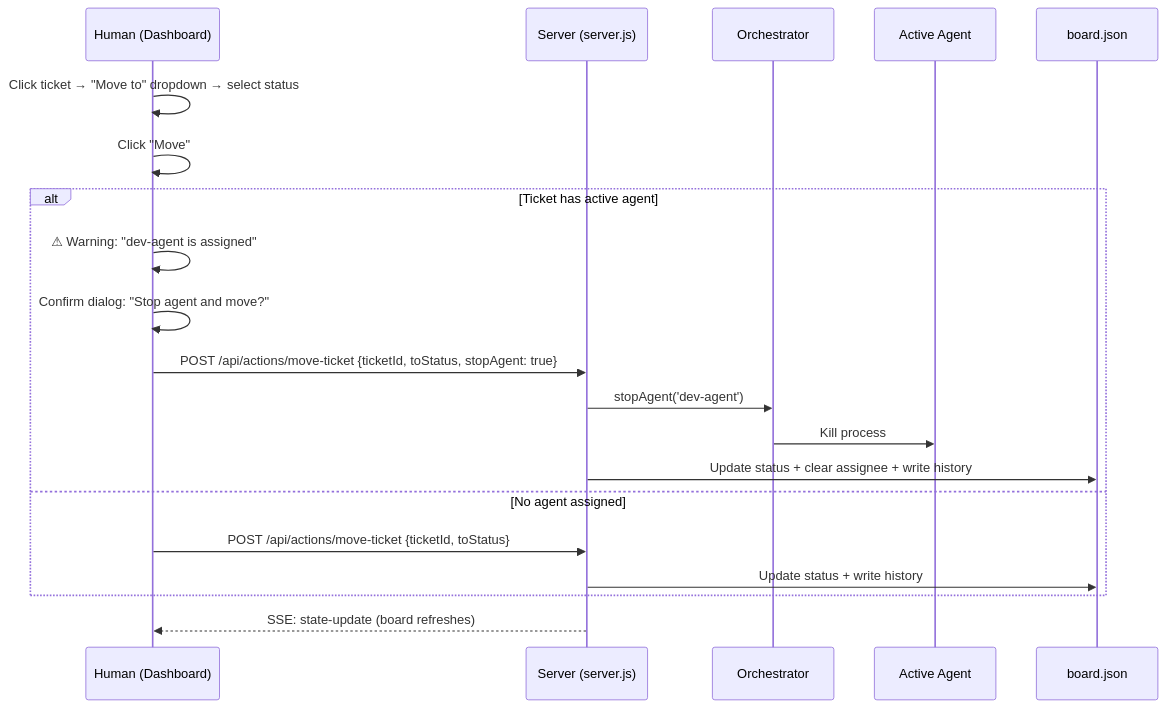
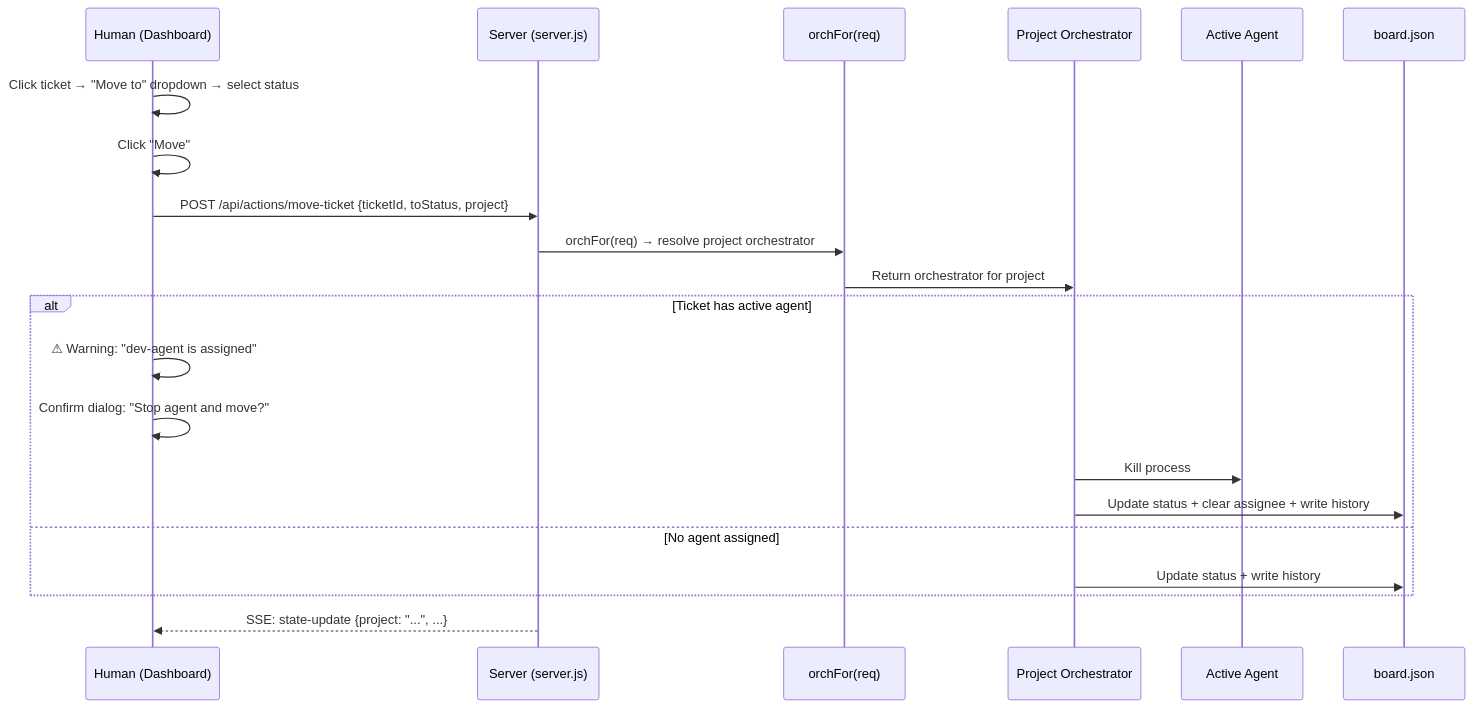
Before and after one commit to PraAIHub/SwarmBoard: the sixth of 11 diagrams in docs/ARCHITECTURE.md, drawn with Mermaid. The commit also changed other lines of this file and 4 other files, not shown here.

````diff
--- a/docs/ARCHITECTURE.md
+++ b/docs/ARCHITECTURE.md
@@ -583,25 +611,26 @@
 ```mermaid
 sequenceDiagram
     participant H as Human (Dashboard)
     participant S as Server (server.js)
-    participant O as Orchestrator
+    participant OF as orchFor(req)
+    participant O as Project Orchestrator
     participant A as Active Agent
     participant B as board.json
 
     H->>H: Click ticket → "Move to" dropdown → select status
     H->>H: Click "Move"
+    H->>S: POST /api/actions/move-ticket {ticketId, toStatus, project}
+    S->>OF: orchFor(req) → resolve project orchestrator
+    OF->>O: Return orchestrator for project
 
     alt Ticket has active agent
         H->>H: ⚠ Warning: "dev-agent is assigned"
         H->>H: Confirm dialog: "Stop agent and move?"
-        H->>S: POST /api/actions/move-ticket {ticketId, toStatus, stopAgent: true}
-        S->>O: stopAgent('dev-agent')
         O->>A: Kill process
-        S->>B: Update status + clear assignee + write history
+        O->>B: Update status + clear assignee + write history
     else No agent assigned
-        H->>S: POST /api/actions/move-ticket {ticketId, toStatus}
-        S->>B: Update status + write history
+        O->>B: Update status + write history
     end
 
-    S-->>H: SSE: state-update (board refreshes)
+    S-->>H: SSE: state-update {project: "...", ...}
 ```
````
